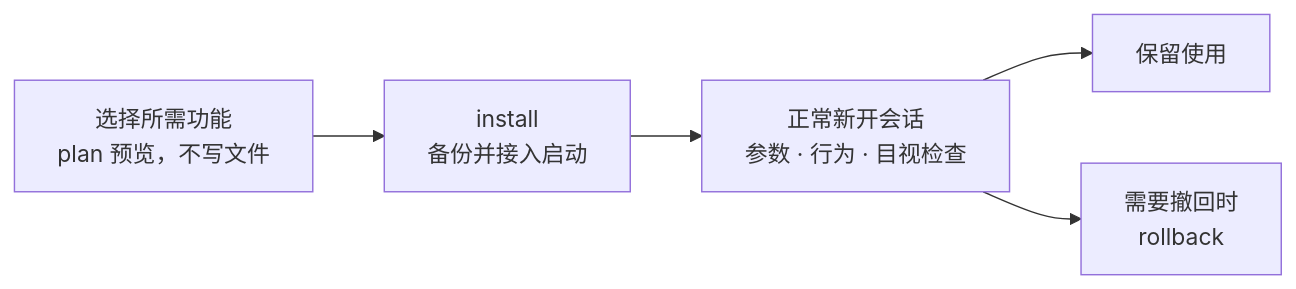
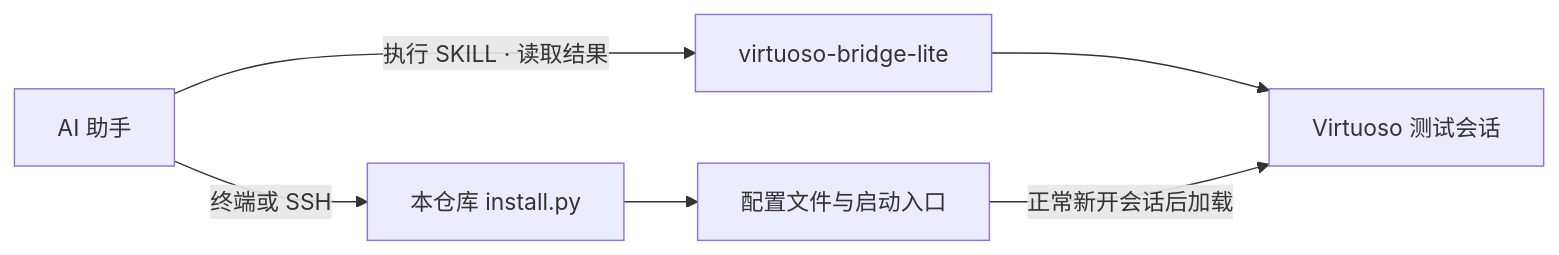
The diagram in README.md (w1213ph/virtuoso-user-config), drawn with Mermaid before and after one commit. The commit also changed other lines of this file and 8 other files, not shown here.

Commit message:
Focus homepage on AI configuration and document Virtuoso bridge setup

````diff
--- a/README.md
+++ b/README.md
@@ -118,7 +37,8 @@
 ```mermaid
 flowchart LR
-    A["选择所需功能<br/>plan 预览，不写文件"] --> B["install<br/>备份并接入启动"]
-    B --> C["正常新开会话<br/>参数 · 行为 · 目视检查"]
-    C --> D["保留使用"]
-    C --> E["需要撤回时<br/>rollback"]
+    A["AI 助手"] -->|"执行 SKILL · 读取结果"| B["virtuoso-bridge-lite"]
+    B --> C["Virtuoso 测试会话"]
+    A -->|"终端或 SSH"| D["本仓库 install.py"]
+    D --> E["配置文件与启动入口"]
+    E -->|"正常新开会话后加载"| C
 ```
````
